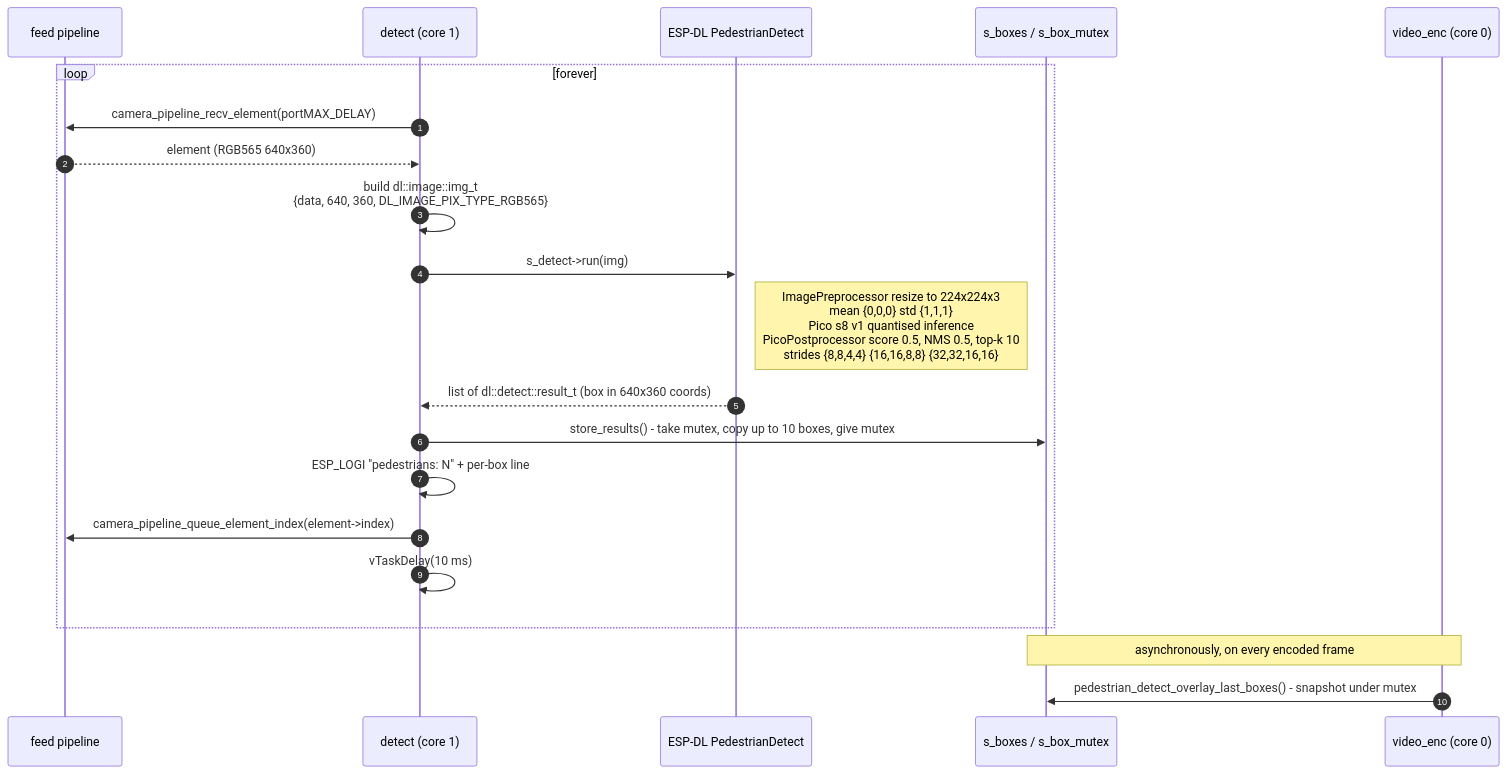
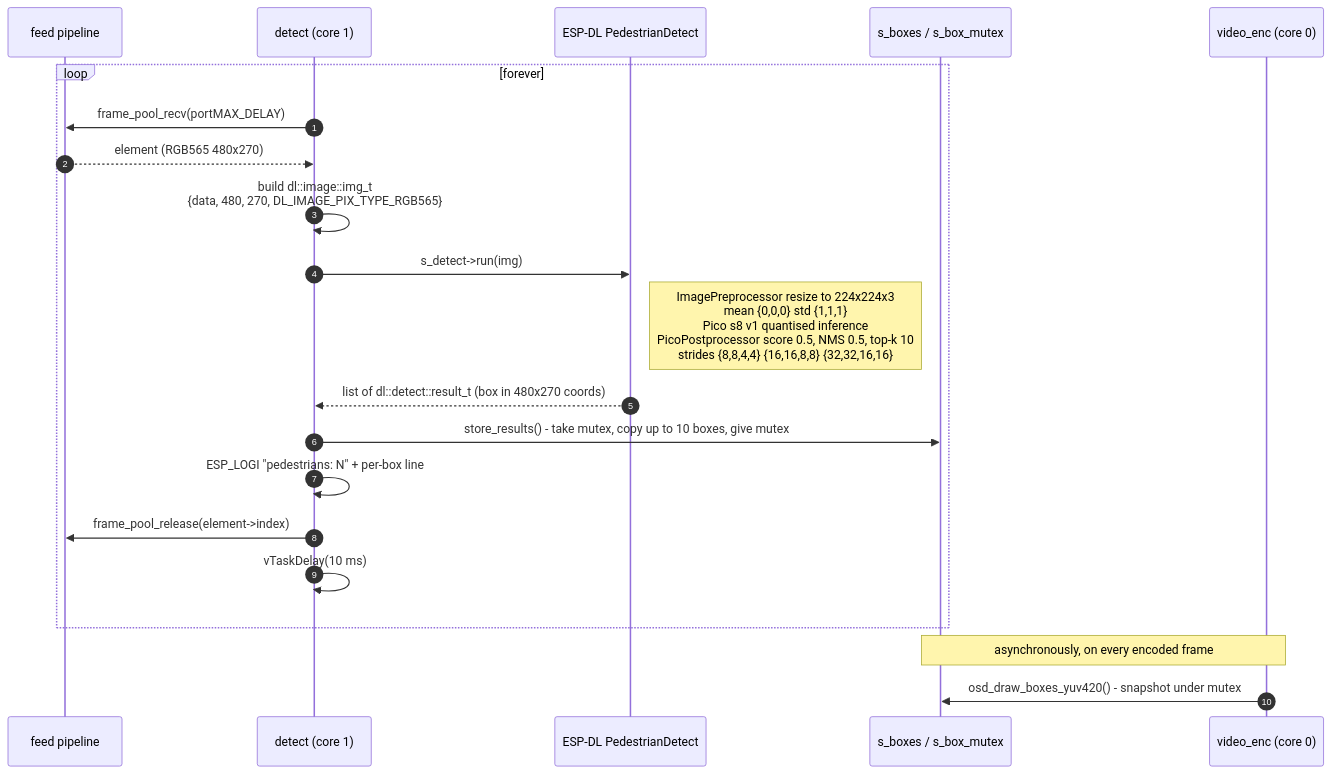
Before and after one commit to thanhbinh89/esp32-ipc: the fourth of 7 diagrams in DATAFLOW.md, drawn with Mermaid. The commit also changed other lines of this file and 45 other files, not shown here.

````diff
--- a/DATAFLOW.md
+++ b/DATAFLOW.md
@@ -187,25 +188,25 @@
 ```mermaid
 sequenceDiagram
     autonumber
     participant FP as feed pipeline
     participant DT as detect (core 1)
     participant DL as ESP-DL PedestrianDetect
     participant BSTORE as s_boxes / s_box_mutex
     participant ENC as video_enc (core 0)
 
     loop forever
-        DT->>FP: camera_pipeline_recv_element(portMAX_DELAY)
-        FP-->>DT: element (RGB565 640x360)
-        DT->>DT: build dl::image::img_t<br/>{data, 640, 360, DL_IMAGE_PIX_TYPE_RGB565}
+        DT->>FP: frame_pool_recv(portMAX_DELAY)
+        FP-->>DT: element (RGB565 480x270)
+        DT->>DT: build dl::image::img_t<br/>{data, 480, 270, DL_IMAGE_PIX_TYPE_RGB565}
         DT->>DL: s_detect->run(img)
         Note right of DL: ImagePreprocessor resize to 224x224x3<br/>mean {0,0,0} std {1,1,1}<br/>Pico s8 v1 quantised inference<br/>PicoPostprocessor score 0.5, NMS 0.5, top-k 10<br/>strides {8,8,4,4} {16,16,8,8} {32,32,16,16}
-        DL-->>DT: list of dl::detect::result_t (box in 640x360 coords)
+        DL-->>DT: list of dl::detect::result_t (box in 480x270 coords)
         DT->>BSTORE: store_results() - take mutex, copy up to 10 boxes, give mutex
         DT->>DT: ESP_LOGI "pedestrians: N" + per-box line
-        DT->>FP: camera_pipeline_queue_element_index(element->index)
+        DT->>FP: frame_pool_release(element->index)
         DT->>DT: vTaskDelay(10 ms)
     end
 
     Note over ENC,BSTORE: asynchronously, on every encoded frame
-    ENC->>BSTORE: pedestrian_detect_overlay_last_boxes() - snapshot under mutex
+    ENC->>BSTORE: osd_draw_boxes_yuv420() - snapshot under mutex
 ```
````
